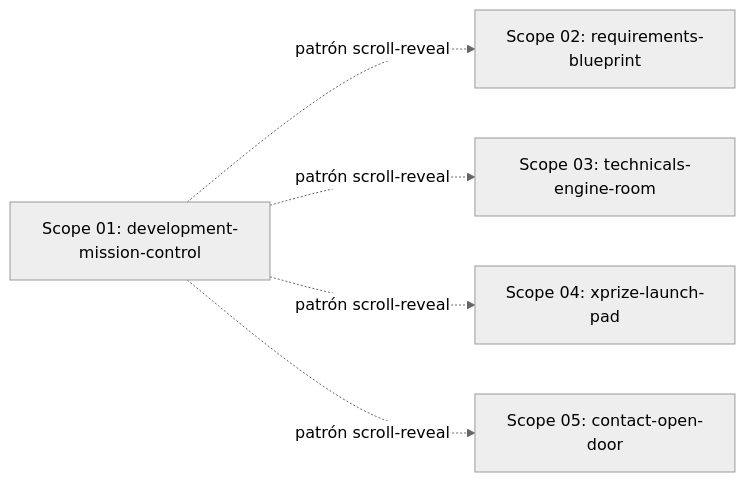
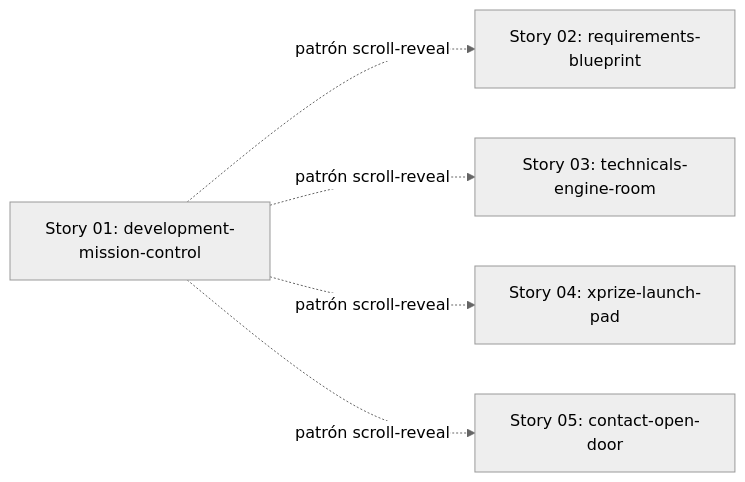
Before and after one commit to cmartinezs/grade-ops-ai: the diagram in .planning/finished/004-subpage-identity/01-expansion.md, drawn with Mermaid (neutral theme). The commit also changed other lines of this file and 233 other files, not shown here.

````diff
--- a/.planning/finished/004-subpage-identity/01-expansion.md
+++ b/.planning/finished/004-subpage-identity/01-expansion.md
@@ -24,12 +24,12 @@
 ```mermaid
 flowchart LR
-    S01[Scope 01: development-mission-control]
-    S02[Scope 02: requirements-blueprint]
-    S03[Scope 03: technicals-engine-room]
-    S04[Scope 04: xprize-launch-pad]
-    S05[Scope 05: contact-open-door]
+    S01[Story 01: development-mission-control]
+    S02[Story 02: requirements-blueprint]
+    S03[Story 03: technicals-engine-room]
+    S04[Story 04: xprize-launch-pad]
+    S05[Story 05: contact-open-door]
     S01 -.->|patrón scroll-reveal| S02
     S01 -.->|patrón scroll-reveal| S03
     S01 -.->|patrón scroll-reveal| S04
     S01 -.->|patrón scroll-reveal| S05
 ```
````
